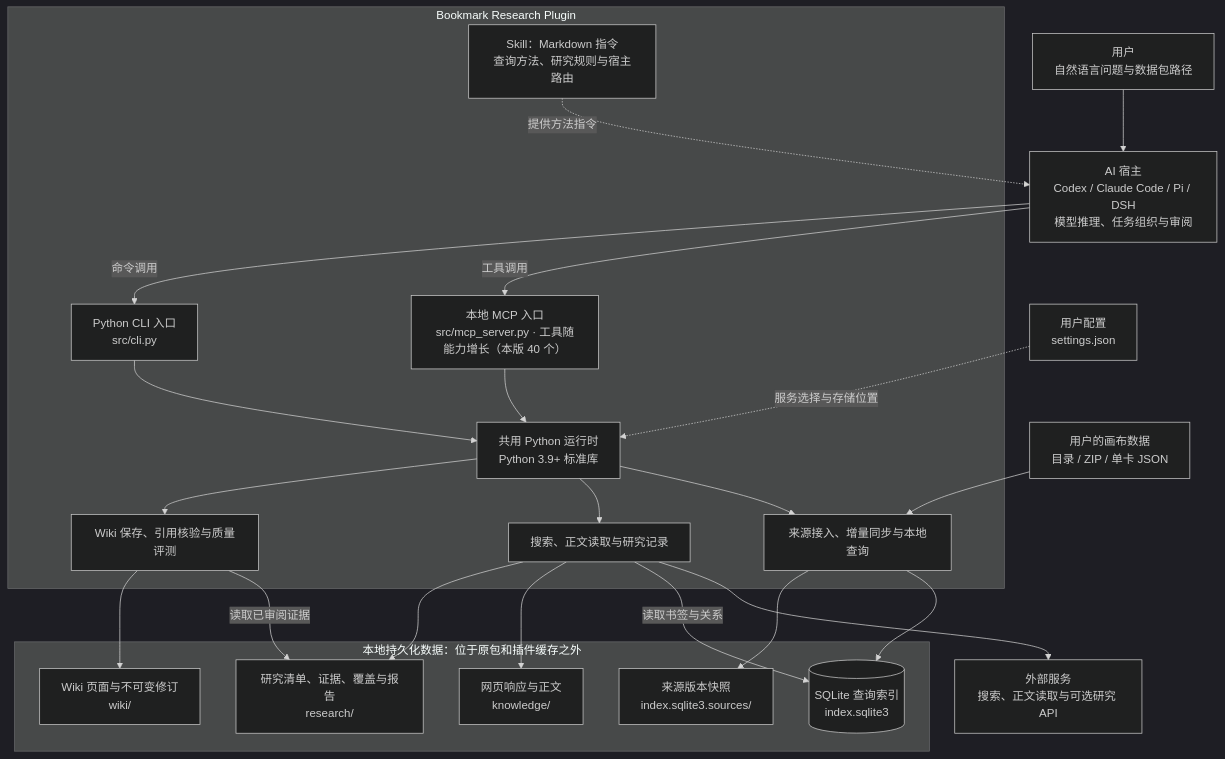
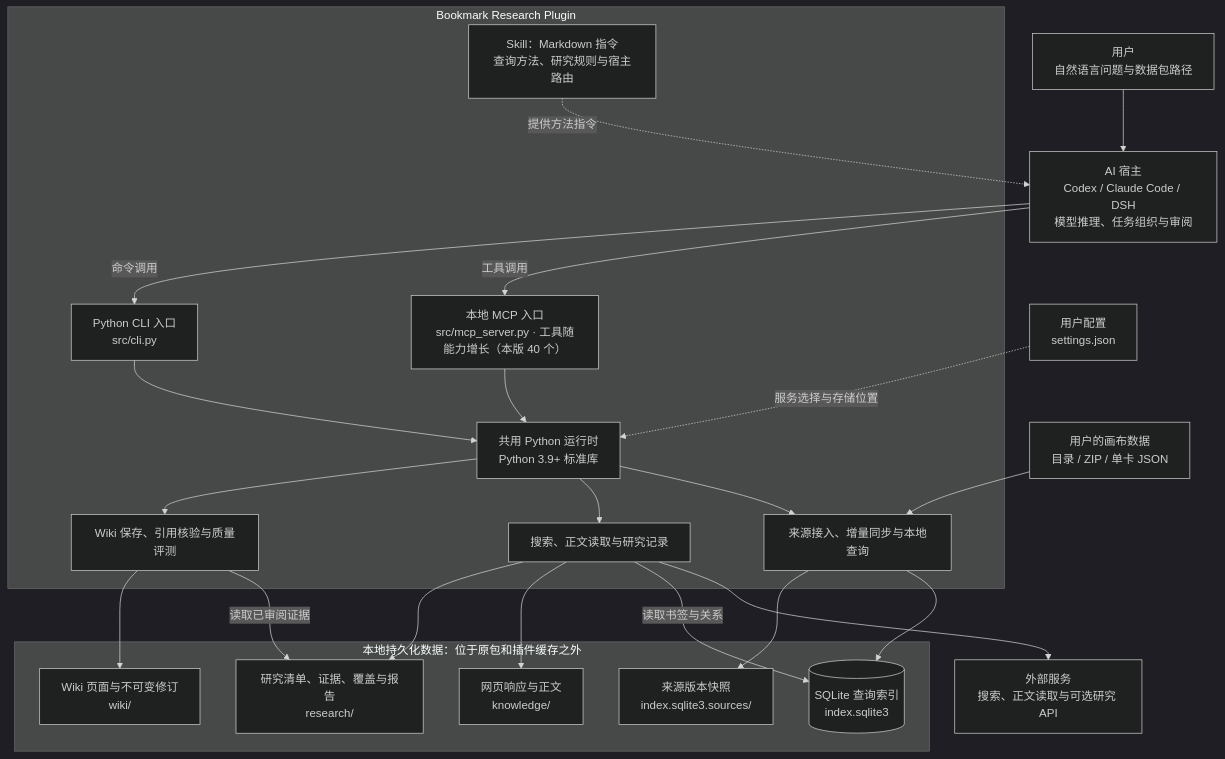
The second of 3 diagrams in docs/bookmark-research-architecture.md (Browser-bookmark-hub/Bookmark-Research), drawn with Mermaid (dark theme) before and after one commit. The commit also changed other lines of this file and 114 other files, not shown here.

````diff
--- a/docs/bookmark-research-architecture.md
+++ b/docs/bookmark-research-architecture.md
@@ -41,42 +41,42 @@
 ```mermaid
 flowchart TB
-  User["用户<br/>自然语言问题与数据包路径"] --> Host["AI 宿主<br/>Codex / Claude Code / Pi / DSH<br/>模型推理、任务组织与审阅"]
+  User["用户<br/>自然语言问题与数据包路径"] --> Host["AI 宿主<br/>Codex / Claude Code / DSH<br/>模型推理、任务组织与审阅"]
 
   subgraph Plugin["Bookmark Research Plugin"]
     Skill["Skill：Markdown 指令<br/>查询方法、研究规则与宿主路由"]
     MCP["本地 MCP 入口<br/>src/mcp_server.py · 工具随能力增长（本版 40 个）"]
     CLI["Python CLI 入口<br/>src/cli.py"]
     Core["共用 Python 运行时<br/>Python 3.9+ 标准库"]
     Sources["来源接入、增量同步与本地查询"]
     Research["搜索、正文读取与研究记录"]
     Knowledge["Wiki 保存、引用核验与质量评测"]
     MCP --> Core
     CLI --> Core
     Core --> Sources
     Core --> Research
     Core --> Knowledge
   end
 
   Skill -.->|提供方法指令| Host
   Host -->|工具调用| MCP
   Host -->|命令调用| CLI
   Settings["用户配置<br/>settings.json"] -.->|服务选择与存储位置| Core
   Input["用户的画布数据<br/>目录 / ZIP / 单卡 JSON"] --> Sources
   Research --> Remote["外部服务<br/>搜索、正文读取与可选研究 API"]
 
   subgraph Local["本地持久化数据：位于原包和插件缓存之外"]
     DB[("SQLite 查询索引<br/>index.sqlite3")]
     Snapshots["来源版本快照<br/>index.sqlite3.sources/"]
     Pages["网页响应与正文<br/>knowledge/"]
     Runs["研究清单、证据、覆盖与报告<br/>research/"]
     Wiki["Wiki 页面与不可变修订<br/>wiki/"]
   end
 
   Sources --> DB
   Sources --> Snapshots
   Research -->|读取书签与关系| DB
   Research --> Pages
   Research --> Runs
   Knowledge -->|读取已审阅证据| Runs
   Knowledge --> Wiki
 ```
````
